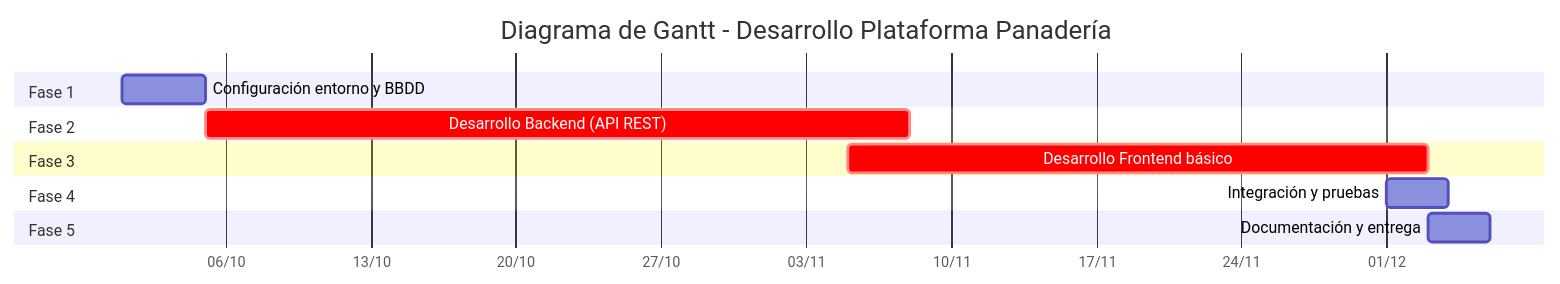
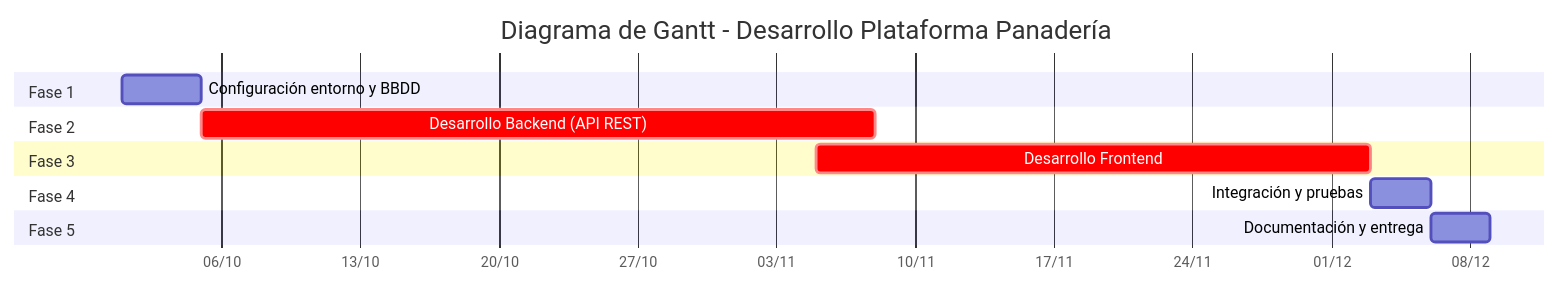
One commit to CacholoDev/PFC changed the third of 3 diagrams in doc/doc.md. Above: the diagram before and after it, drawn with Mermaid. The commit also changed other lines of this file and 1 other file, not shown here.

Commit message:
2ª entrega ready

````diff
--- a/doc/doc.md
+++ b/doc/doc.md
@@ -207,20 +221,20 @@
 ```mermaid
 gantt
     title Diagrama de Gantt - Desarrollo Plataforma Panadería
     dateFormat  YYYY-MM-DD
     axisFormat %d/%m
     section Fase 1
     Configuración entorno y BBDD :2024-10-01, 4d
     
     section Fase 2
     Desarrollo Backend (API REST) :crit, 2024-10-05, 34d
     
     section Fase 3
-    Desarrollo Frontend básico :crit, 2024-11-5, 28d
+    Desarrollo Frontend :crit, 2024-11-5, 28d
     
     section Fase 4
-    Integración y pruebas :2024-12-01, 3d
+    Integración y pruebas :2024-12-03, 3d
     
     section Fase 5
-    Documentación y entrega :2024-12-03, 3d
+    Documentación y entrega :2024-12-06, 3d
 ```
````
